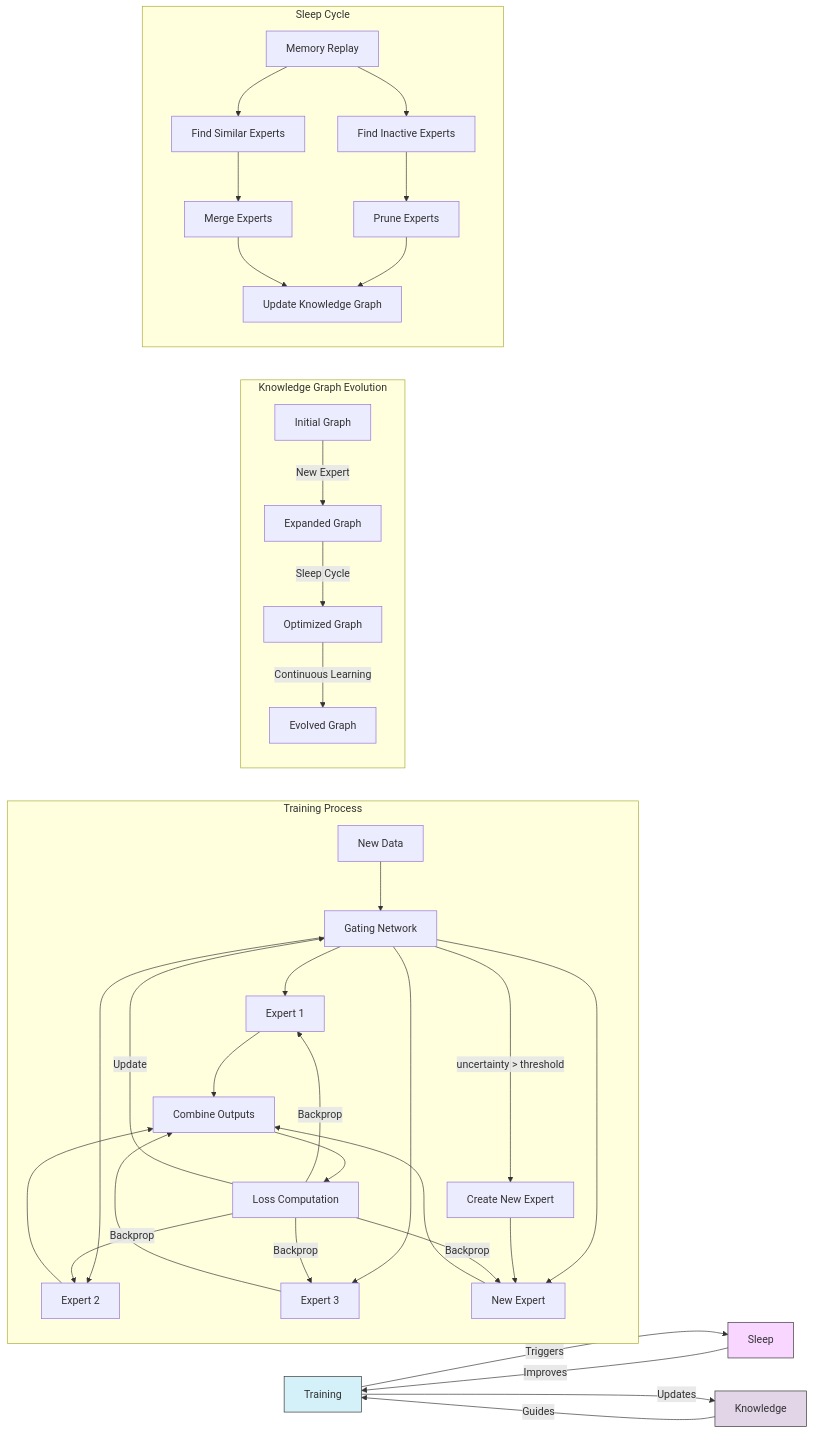
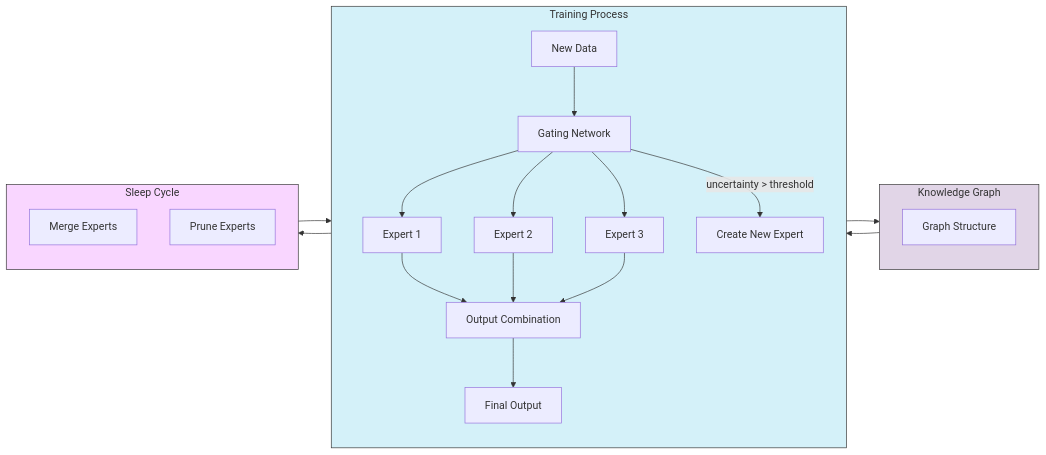
Before and after one commit to BerkZerker/Project-MORPH: the third of 3 diagrams in README.md, drawn with Mermaid. The commit also changed other lines of this file, not shown here.

Commit message:
Fix all Mermaid diagram rendering issues for GitHub compatibility

````diff
--- a/README.md
+++ b/README.md
@@ -154,43 +151,36 @@
 ```mermaid
-flowchart LR
-    subgraph "Training Process"
-        direction TB
-        Data[New Data] --> Gating
-        Gating[Gating Network] --> E1 & E2 & E3 & ENew
+graph LR
+    subgraph Train["Training Process"]
+        Data[New Data] --> Gating[Gating Network]
+        Gating --> E1[Expert 1]
+        Gating --> E2[Expert 2]
+        Gating --> E3[Expert 3]
         Gating --> |uncertainty > threshold| Create[Create New Expert]
-        Create --> ENew[New Expert]
-        E1[Expert 1] & E2[Expert 2] & E3[Expert 3] & ENew --> Combine[Combine Outputs]
-        Combine --> Loss[Loss Computation]
-        Loss --> |Backprop| E1 & E2 & E3 & ENew
-        Loss --> |Update| Gating
+        E1 --> Combine[Output Combination]
+        E2 --> Combine
+        E3 --> Combine
+        Combine --> Output[Final Output]
     end
     
-    subgraph "Knowledge Graph Evolution"
-        direction TB
-        KG1[Initial Graph] --> |New Expert| KG2[Expanded Graph]
-        KG2 --> |Sleep Cycle| KG3[Optimized Graph]
-        KG3 --> |Continuous Learning| KG4[Evolved Graph]
+    subgraph KGraph["Knowledge Graph"]
+        KG[Graph Structure]
     end
     
-    subgraph "Sleep Cycle"
-        direction TB
-        Replay[Memory Replay] --> Similar[Find Similar Experts]
-        Similar --> Merge[Merge Experts]
-        Replay --> Inactive[Find Inactive Experts]
-        Inactive --> Prune[Prune Experts]
-        Merge & Prune --> Update[Update Knowledge Graph]
+    subgraph Sleep["Sleep Cycle"]
+        Merge[Merge Experts]
+        Prune[Prune Experts]
     end
     
-    Training -->|Triggers| Sleep
-    Sleep -->|Improves| Training
-    Knowledge -->|Guides| Training
-    Training -->|Updates| Knowledge
+    Train --> Sleep
+    Sleep --> Train
+    KGraph --> Train
+    Train --> KGraph
     
-    classDef training fill:#d4f1f9,stroke:#333;
-    classDef knowledge fill:#e1d5e7,stroke:#333;
-    classDef sleep fill:#f9d6ff,stroke:#333;
+    classDef trainStyle fill:#d4f1f9,stroke:#333;
+    classDef kgStyle fill:#e1d5e7,stroke:#333;
+    classDef sleepStyle fill:#f9d6ff,stroke:#333;
     
-    class Training training;
-    class Knowledge knowledge;
-    class Sleep sleep;
+    class Train trainStyle;
+    class KGraph kgStyle;
+    class Sleep sleepStyle;
 ```
````
